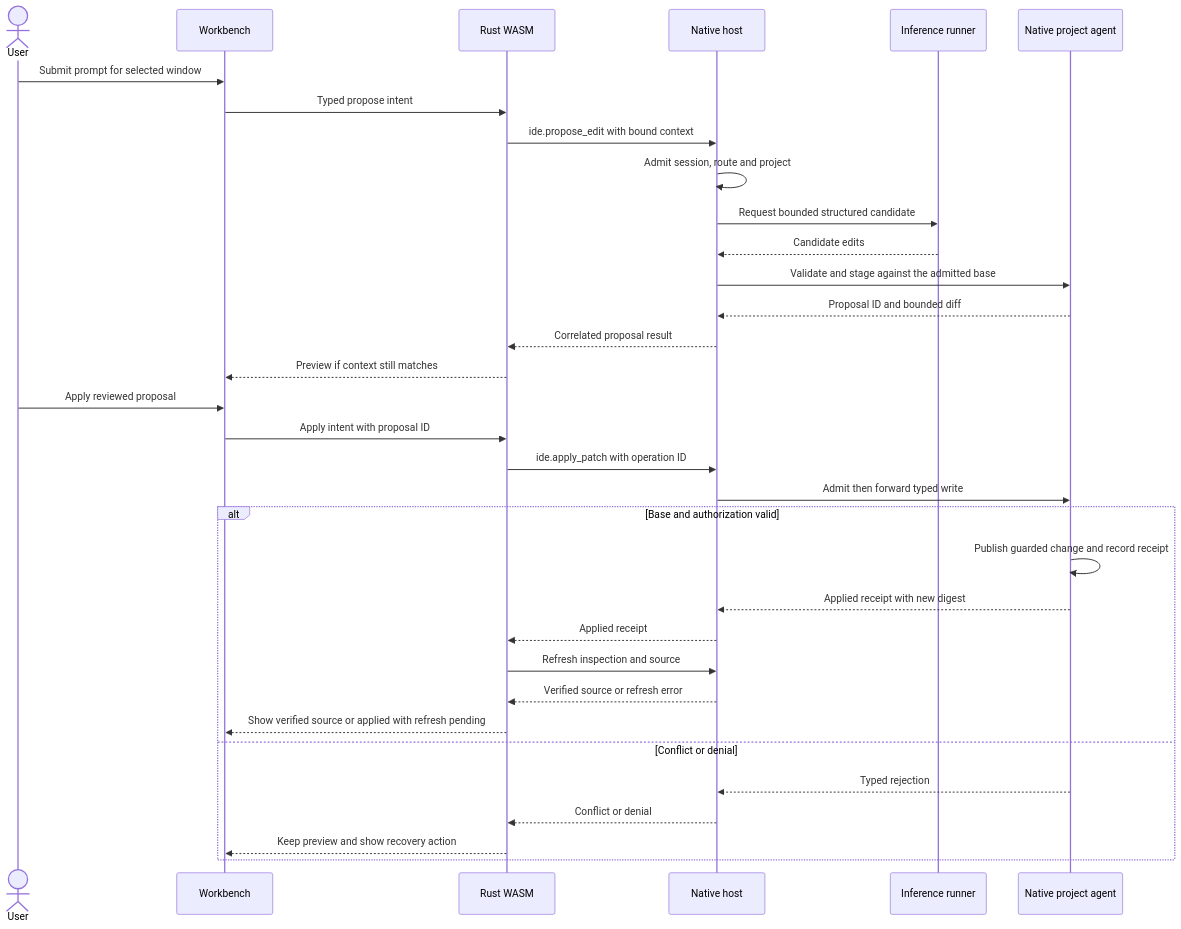
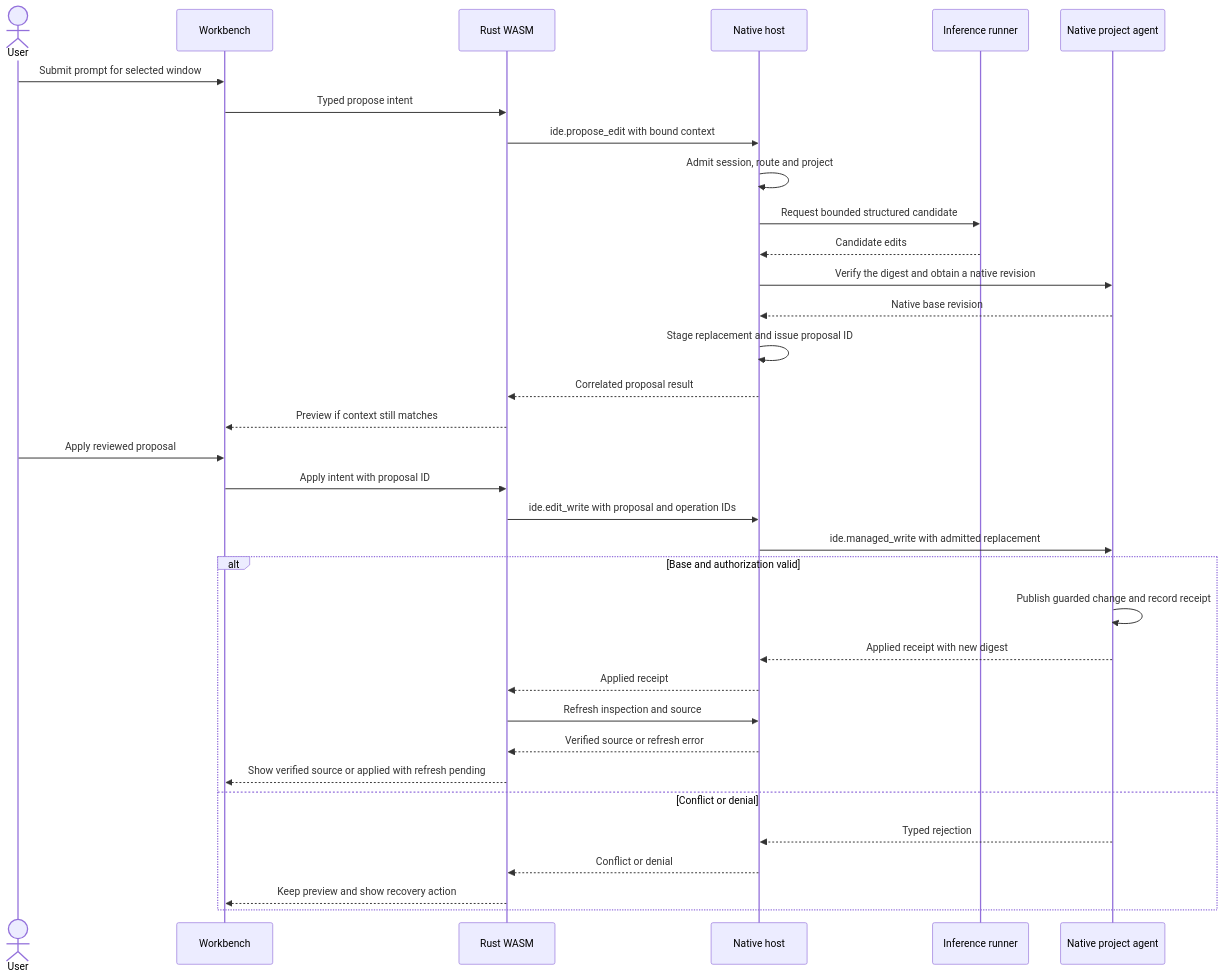
Before and after one commit to roachmaster/homelab: the first of 2 diagrams in docs/architecture/proposals/forge-ide-inline-edit.md, drawn with Mermaid. The commit also changed other lines of this file and 39 other files, not shown here.

````diff
--- a/docs/architecture/proposals/forge-ide-inline-edit.md
+++ b/docs/architecture/proposals/forge-ide-inline-edit.md
@@ -42,36 +44,37 @@
 ```mermaid
 sequenceDiagram
     actor User
     participant UI as Workbench
     participant W as Rust WASM
     participant H as Native host
     participant M as Inference runner
     participant A as Native project agent
 
     User->>UI: Submit prompt for selected window
     UI->>W: Typed propose intent
     W->>H: ide.propose_edit with bound context
     H->>H: Admit session, route and project
     H->>M: Request bounded structured candidate
     M-->>H: Candidate edits
-    H->>A: Validate and stage against the admitted base
-    A-->>H: Proposal ID and bounded diff
+    H->>A: Verify the digest and obtain a native revision
+    A-->>H: Native base revision
+    H->>H: Stage replacement and issue proposal ID
     H-->>W: Correlated proposal result
     W-->>UI: Preview if context still matches
     User->>UI: Apply reviewed proposal
     UI->>W: Apply intent with proposal ID
-    W->>H: ide.apply_patch with operation ID
-    H->>A: Admit then forward typed write
+    W->>H: ide.edit_write with proposal and operation IDs
+    H->>A: ide.managed_write with admitted replacement
     alt Base and authorization valid
         A->>A: Publish guarded change and record receipt
         A-->>H: Applied receipt with new digest
         H-->>W: Applied receipt
         W->>H: Refresh inspection and source
         H-->>W: Verified source or refresh error
         W-->>UI: Show verified source or applied with refresh pending
     else Conflict or denial
         A-->>H: Typed rejection
         H-->>W: Conflict or denial
         W-->>UI: Keep preview and show recovery action
     end
 ```
````
